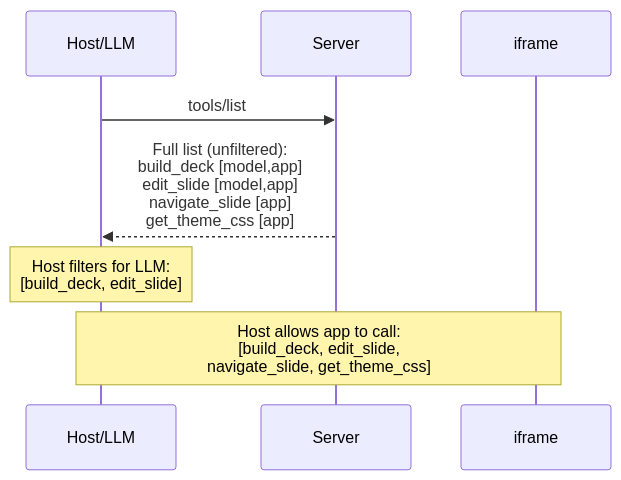
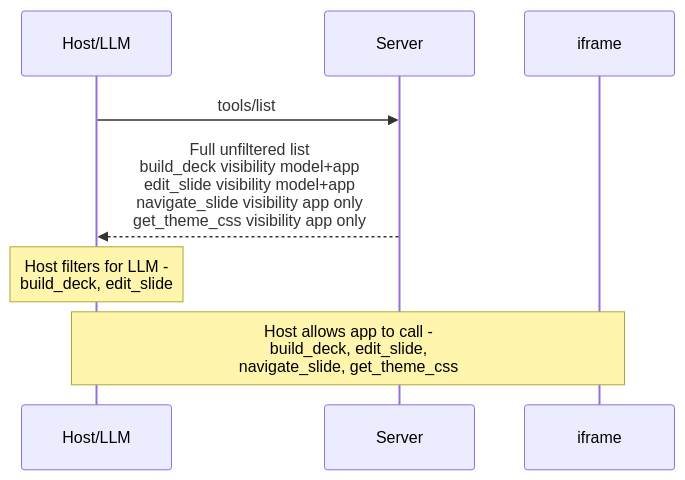
One commit to panyam/mcpkit changed the fifth of 7 diagrams in docs/APPS_DESIGN.md. Above: the diagram before and after it, drawn with Mermaid. The commit also changed other lines of this file, not shown here.

First line of the commit message:
fix: resolve mermaid syntax errors in sequence diagrams

````diff
--- a/docs/APPS_DESIGN.md
+++ b/docs/APPS_DESIGN.md
@@ -331,12 +333,12 @@
 ```mermaid
 sequenceDiagram
     participant Host as Host/LLM
     participant S as Server
     participant App as iframe
 
     Host->>S: tools/list
-    S-->>Host: Full list (unfiltered):<br/>build_deck [model,app]<br/>edit_slide [model,app]<br/>navigate_slide [app]<br/>get_theme_css [app]
+    S-->>Host: Full unfiltered list<br/>build_deck visibility model+app<br/>edit_slide visibility model+app<br/>navigate_slide visibility app only<br/>get_theme_css visibility app only
 
-    Note over Host: Host filters for LLM:<br/>[build_deck, edit_slide]
-    Note over Host,App: Host allows app to call:<br/>[build_deck, edit_slide,<br/>navigate_slide, get_theme_css]
+    Note over Host: Host filters for LLM -<br/>build_deck, edit_slide
+    Note over Host,App: Host allows app to call -<br/>build_deck, edit_slide,<br/>navigate_slide, get_theme_css
 ```
````
